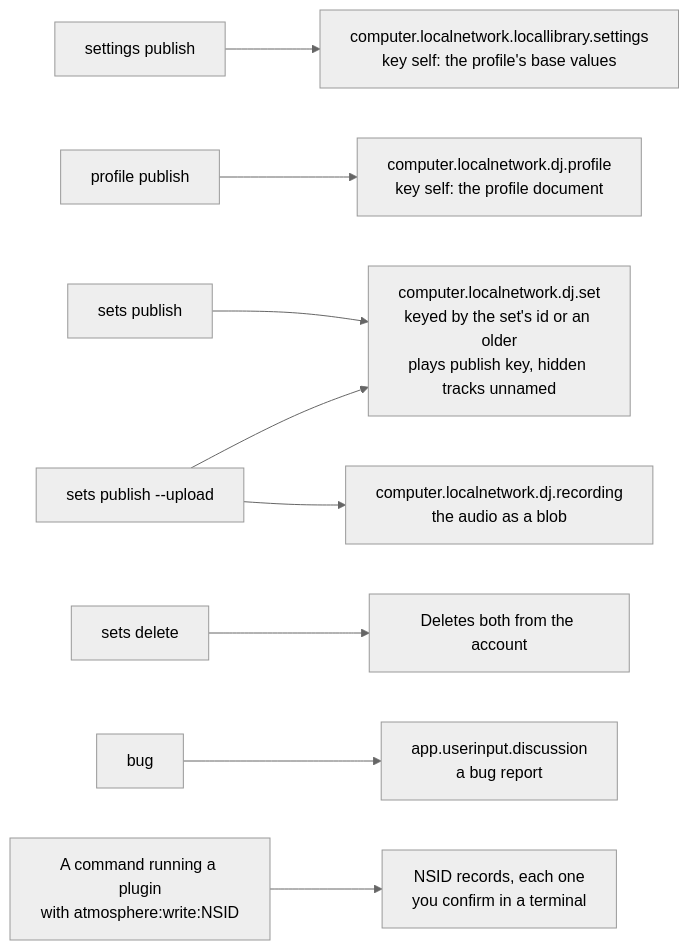
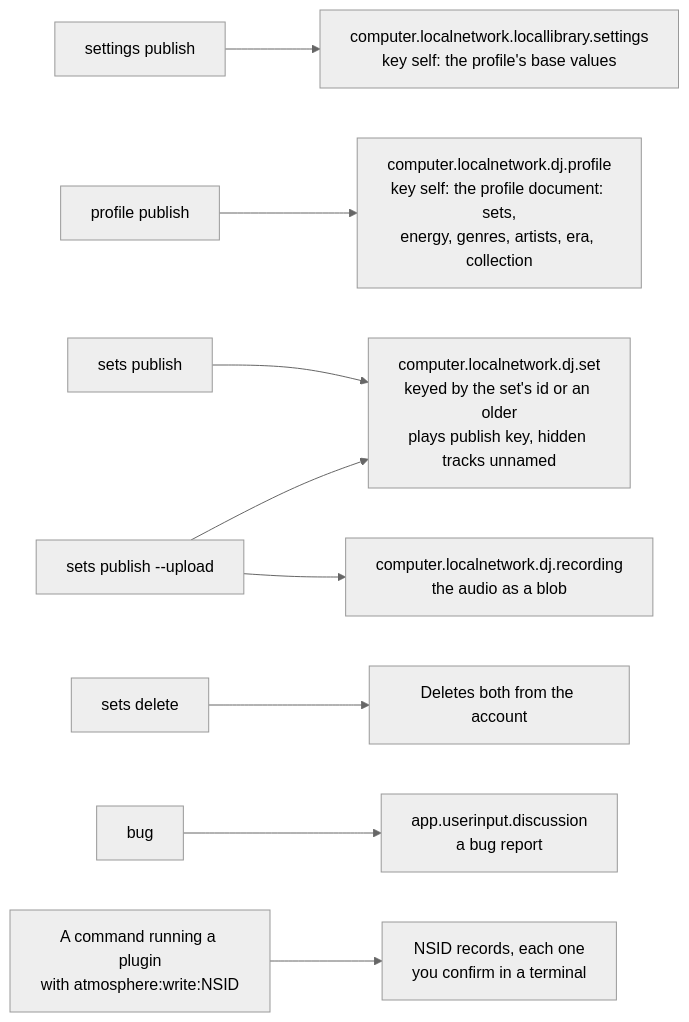
One commit to cutenode/localnetwork changed the second of 8 diagrams in apps/locallibrary/docs/diagrams/publishing-and-services.md. Above: the diagram before and after it, drawn with Mermaid (neutral theme). The commit also changed 1 other file, not shown here.

Commit message:
docs(locallibrary): draw what the DJ profile publishes now

````diff
--- a/apps/locallibrary/docs/diagrams/publishing-and-services.md
+++ b/apps/locallibrary/docs/diagrams/publishing-and-services.md
@@ -46,11 +46,11 @@
 ```mermaid
 flowchart LR
     settings["settings publish"] --> settingsrec["computer.localnetwork.locallibrary.settings<br/>key self: the profile's base values"]
-    profile["profile publish"] --> profilerec["computer.localnetwork.dj.profile<br/>key self: the profile document"]
+    profile["profile publish"] --> profilerec["computer.localnetwork.dj.profile<br/>key self: the profile document: sets,<br/>energy, genres, artists, era, collection"]
     sets["sets publish"] --> setrec["computer.localnetwork.dj.set<br/>keyed by the set's id or an older<br/>plays publish key, hidden tracks unnamed"]
     upload["sets publish --upload"] --> recording["computer.localnetwork.dj.recording<br/>the audio as a blob"]
     upload --> setrec
     delete["sets delete"] --> gone["Deletes both from the account"]
     bug["bug"] --> discussion["app.userinput.discussion<br/>a bug report"]
     plugin["A command running a plugin<br/>with atmosphere:write:NSID"] --> pluginrec["NSID records, each one<br/>you confirm in a terminal"]
 ```
````
